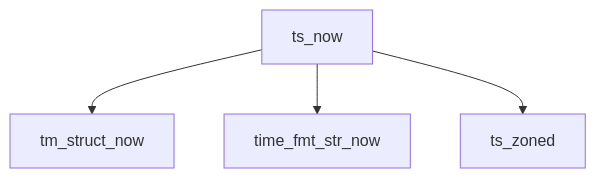
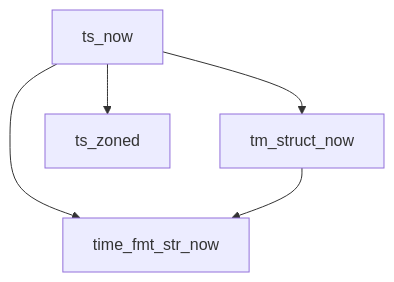
Before and after one commit to mikeli94cn/c: the second of 2 diagrams in flowchart.md, drawn with Mermaid.

Commit message:
time in c

````diff
--- a/flowchart.md
+++ b/flowchart.md
@@ -25,6 +25,7 @@
 ```mermaid
 flowchart TD
     A[ts_now] --> B[tm_struct_now]
     A --> C[time_fmt_str_now]  
+    B --> C
     A --> D[ts_zoned]
 ```
````
